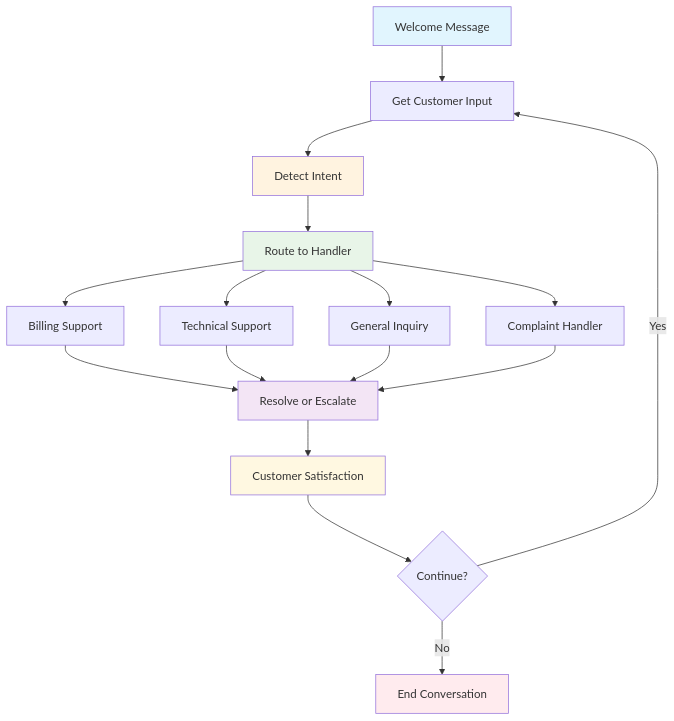
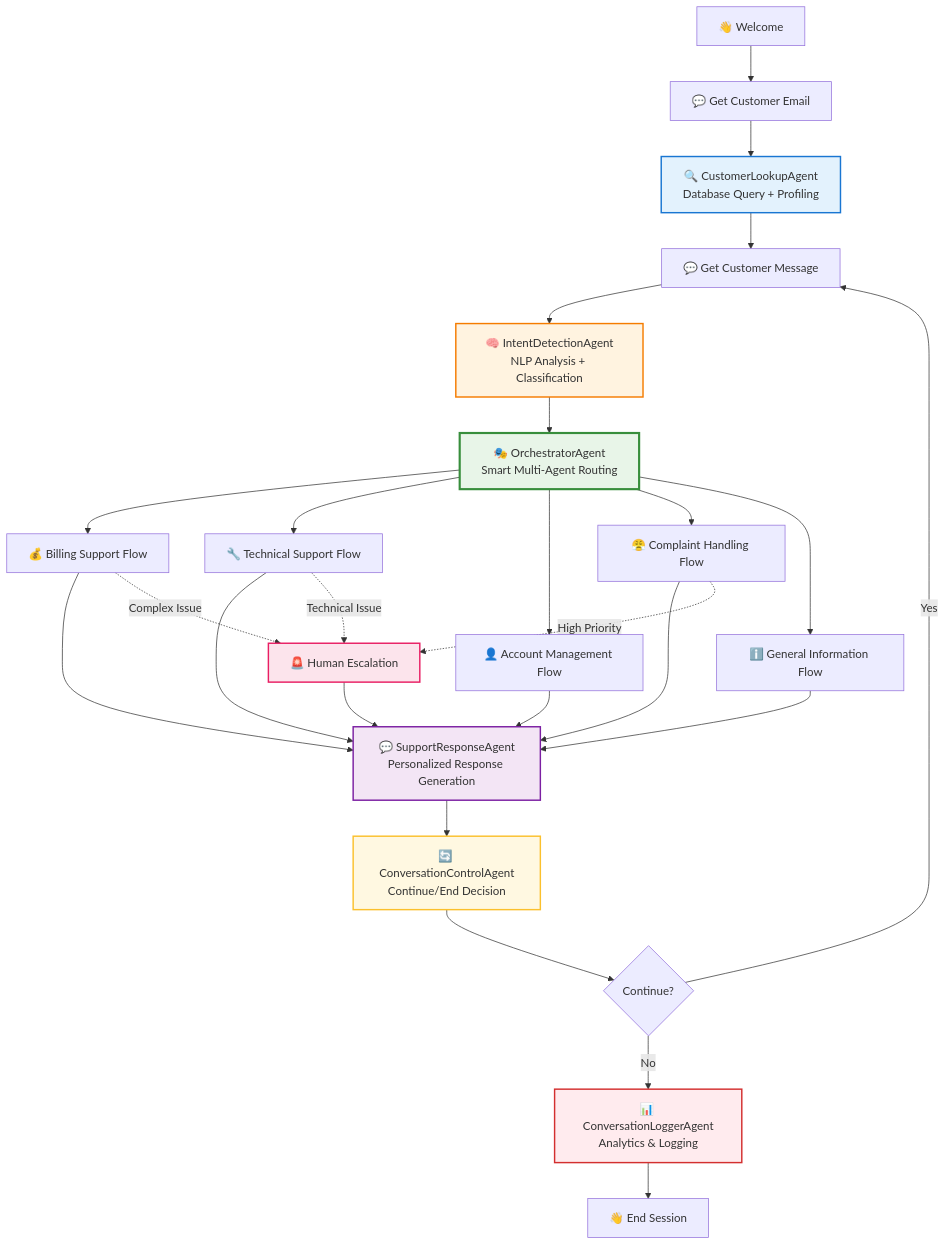
The diagram in docs-docusaurus/docs/tutorials/customer-support-bot.md (jwwelbor/AgentMap), drawn with Mermaid before and after one commit. The commit also changed other lines of this file and 28 other files, not shown here.

````diff
--- a/docs-docusaurus/docs/tutorials/customer-support-bot.md
+++ b/docs-docusaurus/docs/tutorials/customer-support-bot.md
@@ -31,28 +53,43 @@
 ```mermaid
 graph TD
-    A[Welcome Message] --> B[Get Customer Input]
-    B --> C[Detect Intent]
-    C --> D[Route to Handler]
+    A[👋 Welcome] --> B[💬 Get Customer Email]
+    B --> C[🔍 CustomerLookupAgent<br/>Database Query + Profiling]
+    C --> D[💬 Get Customer Message]
+    D --> E[🧠 IntentDetectionAgent<br/>NLP Analysis + Classification]
+    E --> F[🎭 OrchestratorAgent<br/>Smart Multi-Agent Routing]
     
-    D --> E[Billing Support]
-    D --> F[Technical Support]
-    D --> G[General Inquiry]
-    D --> H[Complaint Handler]
+    %% Multi-agent routing based on intent
+    F --> G[💰 Billing Support Flow]
+    F --> H[🔧 Technical Support Flow] 
+    F --> I[👤 Account Management Flow]
+    F --> J[😤 Complaint Handling Flow]
+    F --> K[ℹ️ General Information Flow]
     
-    E --> I[Resolve or Escalate]
-    F --> I
-    G --> I
-    H --> I
+    %% All flows converge to response generation
+    G --> L[💬 SupportResponseAgent<br/>Personalized Response Generation]
+    H --> L
+    I --> L
+    J --> L
+    K --> L
     
-    I --> J[Customer Satisfaction]
-    J --> K{Continue?}
-    K -->|Yes| B
-    K -->|No| L[End Conversation]
+    L --> M[🔄 ConversationControlAgent<br/>Continue/End Decision]
+    M --> N{Continue?}
+    N -->|Yes| D
+    N -->|No| O[📊 ConversationLoggerAgent<br/>Analytics & Logging]
+    O --> P[👋 End Session]
     
-    style A fill:#e1f5fe
-    style C fill:#fff3e0
-    style D fill:#e8f5e8
-    style I fill:#f3e5f5
-    style J fill:#fff8e1
-    style L fill:#ffebee
+    %% Escalation paths
+    G -.->|Complex Issue| Q[🚨 Human Escalation]
+    H -.->|Technical Issue| Q
+    J -.->|High Priority| Q
+    Q --> L
+    
+    %% Agent styling
+    style C fill:#e3f2fd,stroke:#1976d2,stroke-width:2px
+    style E fill:#fff3e0,stroke:#f57c00,stroke-width:2px
+    style F fill:#e8f5e8,stroke:#388e3c,stroke-width:3px
+    style L fill:#f3e5f5,stroke:#7b1fa2,stroke-width:2px
+    style M fill:#fff8e1,stroke:#fbc02d,stroke-width:2px
+    style O fill:#ffebee,stroke:#d32f2f,stroke-width:2px
+    style Q fill:#fce4ec,stroke:#e91e63,stroke-width:2px
 ```
````
